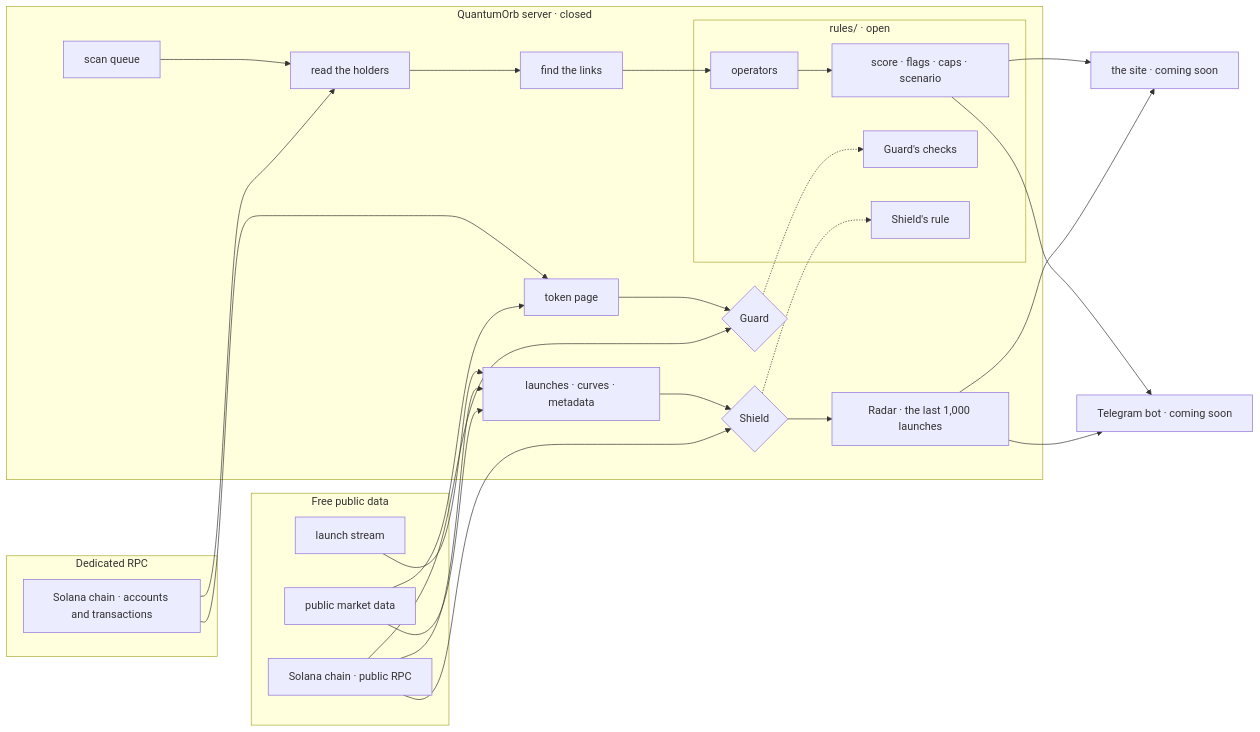
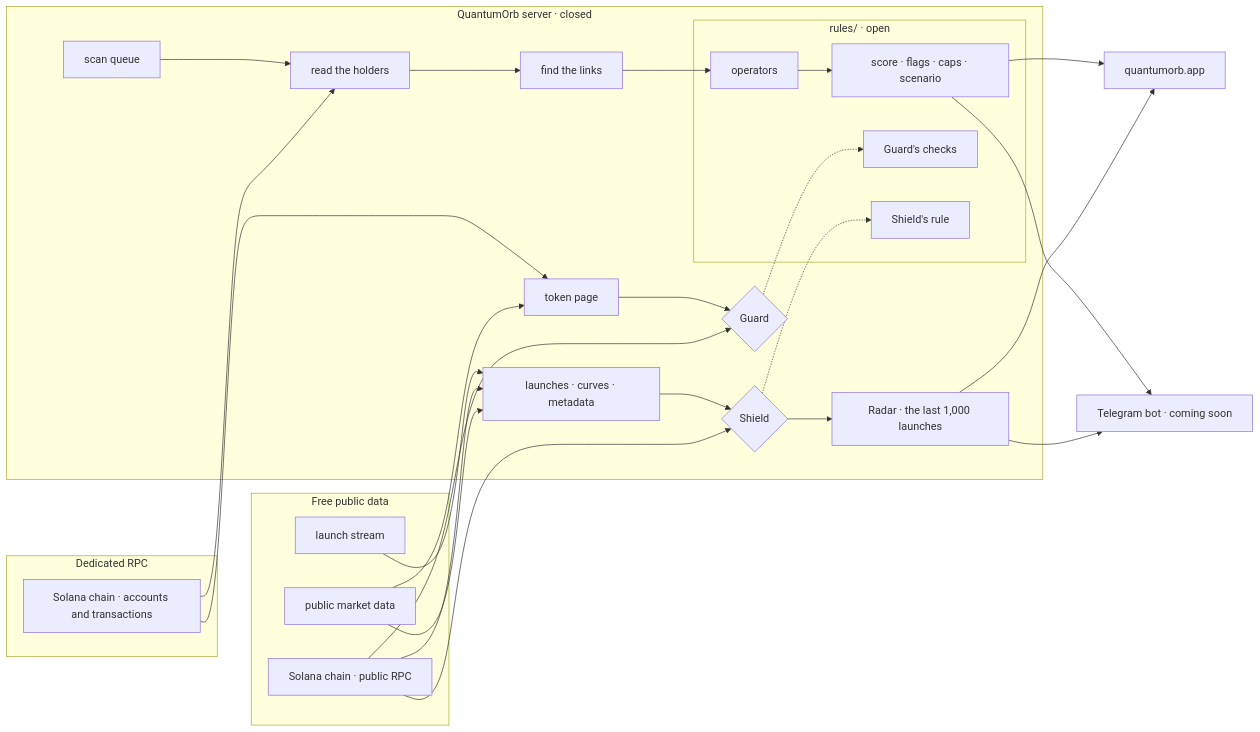
One commit to QuantumOrb/QuantOrb changed the diagram in docs/architecture.md. Above: the diagram before and after it, drawn with Mermaid. The commit also changed 9 other files, not shown here.

First line of the commit message:
The site is public: links to quantumorb.app

````diff
--- a/docs/architecture.md
+++ b/docs/architecture.md
@@ -6,37 +6,37 @@
 ```mermaid
 flowchart LR
   subgraph free[Free public data]
     PP[launch stream]
     PR[Solana chain · public RPC]
     MD[public market data]
   end
   subgraph paid[Dedicated RPC]
     HR[Solana chain · accounts and transactions]
   end
   subgraph server[QuantumOrb server · closed]
     S[launches · curves · metadata] --> SH{Shield}
     SH --> RD[Radar · the last 1,000 launches]
     Q[scan queue] --> RE[read the holders] --> LK[find the links]
     TP[token page] --> GD{Guard}
     subgraph open[rules/ · open]
       V[operators] --> SC[score · flags · caps · scenario]
       GC[Guard's checks]
       SHC[Shield's rule]
     end
     LK --> V
     GD -.-> GC
     SH -.-> SHC
   end
   PP --> S
   PR --> S
   MD --> S
   PR --> SH
   PR --> GD
   HR --> RE
   HR --> TP
   MD --> TP
-  SC --> W[the site · coming soon]
+  SC --> W[quantumorb.app]
   RD --> W
   SC --> B[Telegram bot · coming soon]
   RD --> B
 ```
````
